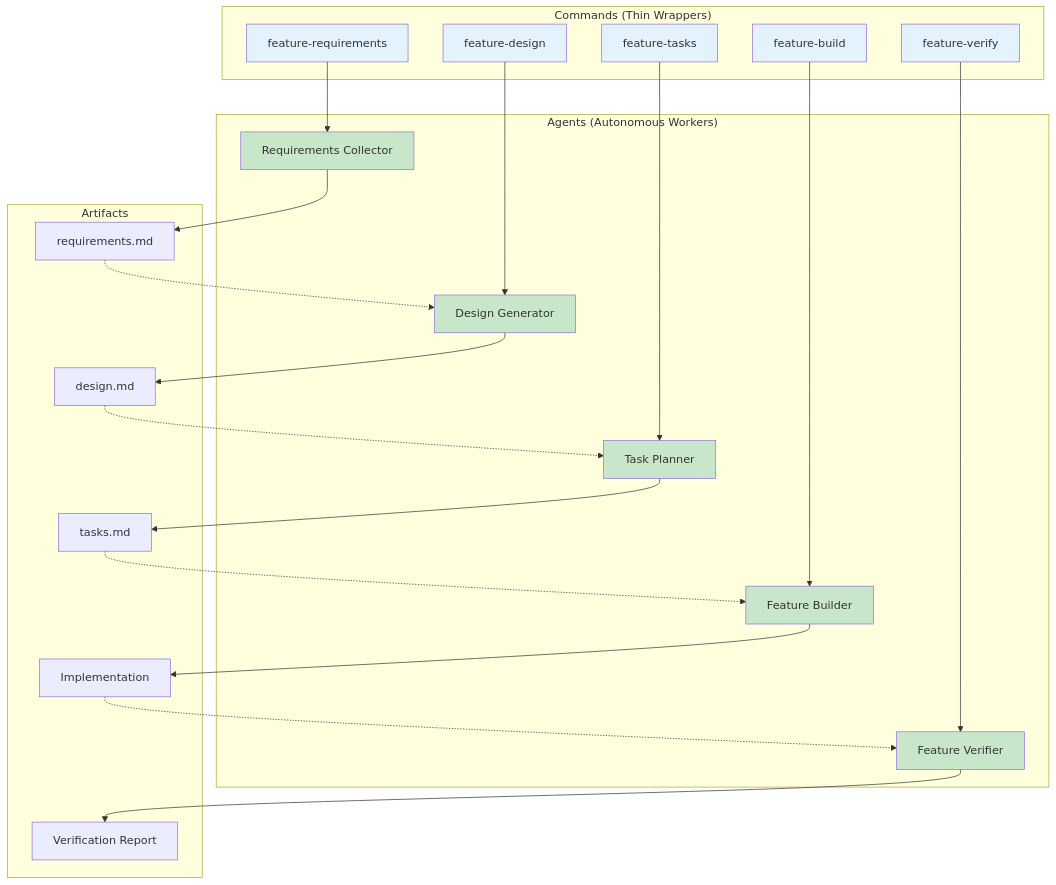
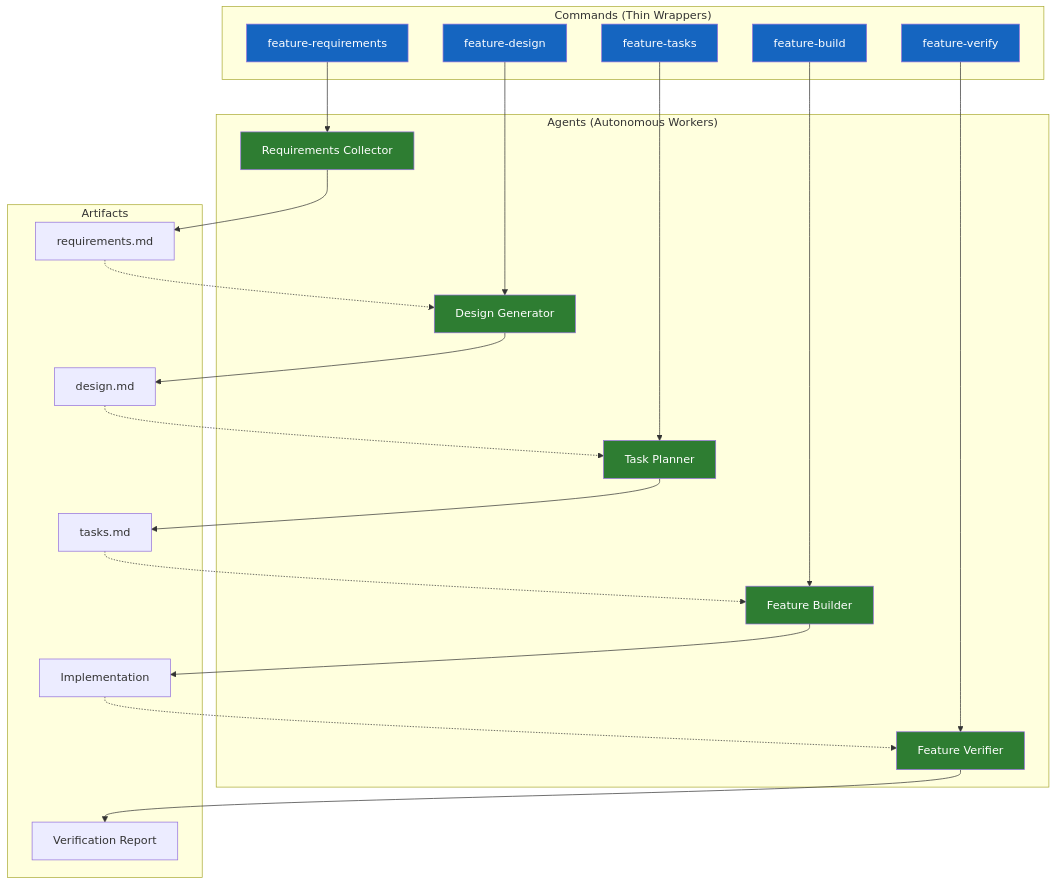
The second of 2 diagrams in docs/concepts/command-agent-pattern.md (rp1-run/rp1), drawn with Mermaid before and after one commit. The commit also changed other lines of this file and 17 other files, not shown here.

````diff
--- a/docs/concepts/command-agent-pattern.md
+++ b/docs/concepts/command-agent-pattern.md
@@ -137,48 +140,48 @@
 ```mermaid
 flowchart TB
     subgraph "Commands (Thin Wrappers)"
         C1[feature-requirements]
         C2[feature-design]
         C3[feature-tasks]
         C4[feature-build]
         C5[feature-verify]
     end
 
     subgraph "Agents (Autonomous Workers)"
         A1[Requirements Collector]
         A2[Design Generator]
         A3[Task Planner]
         A4[Feature Builder]
         A5[Feature Verifier]
     end
 
     subgraph "Artifacts"
         D1[requirements.md]
         D2[design.md]
         D3[tasks.md]
         D4[Implementation]
         D5[Verification Report]
     end
 
     C1 --> A1 --> D1
     C2 --> A2 --> D2
     C3 --> A3 --> D3
     C4 --> A4 --> D4
     C5 --> A5 --> D5
 
     D1 -.-> A2
     D2 -.-> A3
     D3 -.-> A4
     D4 -.-> A5
 
-    style C1 fill:#e3f2fd
-    style C2 fill:#e3f2fd
-    style C3 fill:#e3f2fd
-    style C4 fill:#e3f2fd
-    style C5 fill:#e3f2fd
-    style A1 fill:#c8e6c9
-    style A2 fill:#c8e6c9
-    style A3 fill:#c8e6c9
-    style A4 fill:#c8e6c9
-    style A5 fill:#c8e6c9
+    style C1 fill:#1565c0,color:#fff
+    style C2 fill:#1565c0,color:#fff
+    style C3 fill:#1565c0,color:#fff
+    style C4 fill:#1565c0,color:#fff
+    style C5 fill:#1565c0,color:#fff
+    style A1 fill:#2e7d32,color:#fff
+    style A2 fill:#2e7d32,color:#fff
+    style A3 fill:#2e7d32,color:#fff
+    style A4 fill:#2e7d32,color:#fff
+    style A5 fill:#2e7d32,color:#fff
 ```
````
